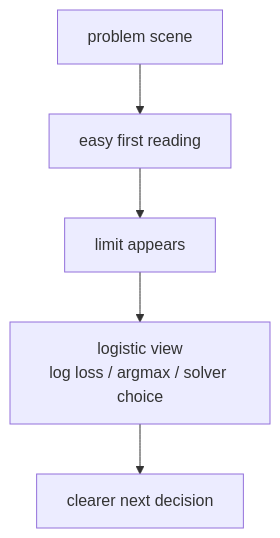
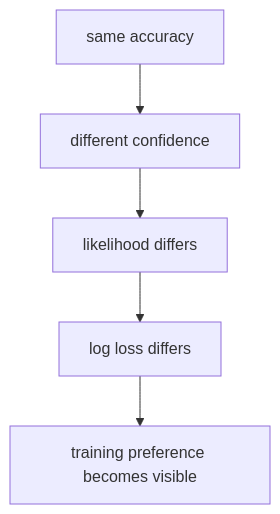
Before and after one commit to devchan64/AiBook: the second of 2 diagrams in docs/parts/part-04/chapter-11/section-03.md, drawn with Mermaid. The commit also changed other lines of this file and 14 other files, not shown here.

````diff
--- a/docs/parts/part-04/chapter-11/section-03.md
+++ b/docs/parts/part-04/chapter-11/section-03.md
@@ -424,10 +213,10 @@
 ```mermaid
 flowchart TD
-  A["problem scene"]
-  B["easy first reading"]
-  C["limit appears"]
-  D["logistic view<br/>log loss / argmax / solver choice"]
-  E["clearer next decision"]
+  A["same accuracy"]
+  B["different confidence"]
+  C["likelihood differs"]
+  D["log loss differs"]
+  E["training preference becomes visible"]
 
   A --> B --> C --> D --> E
 ```
````
